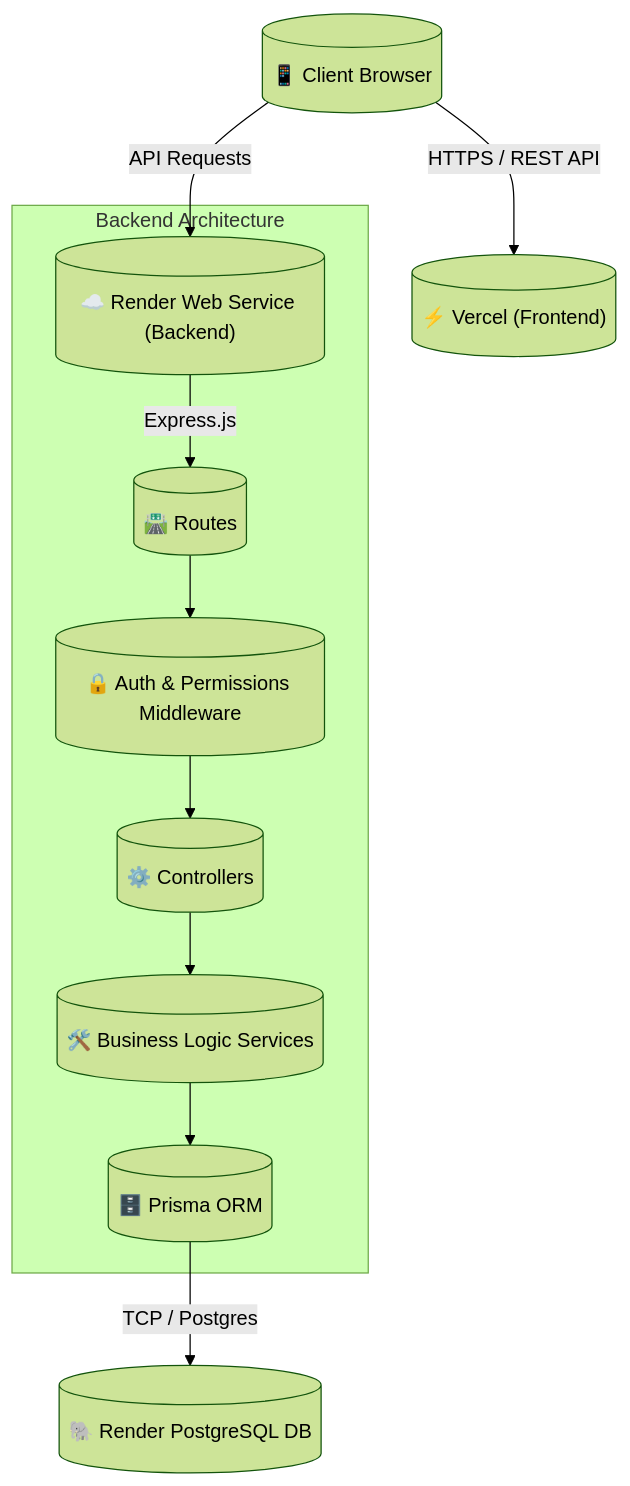
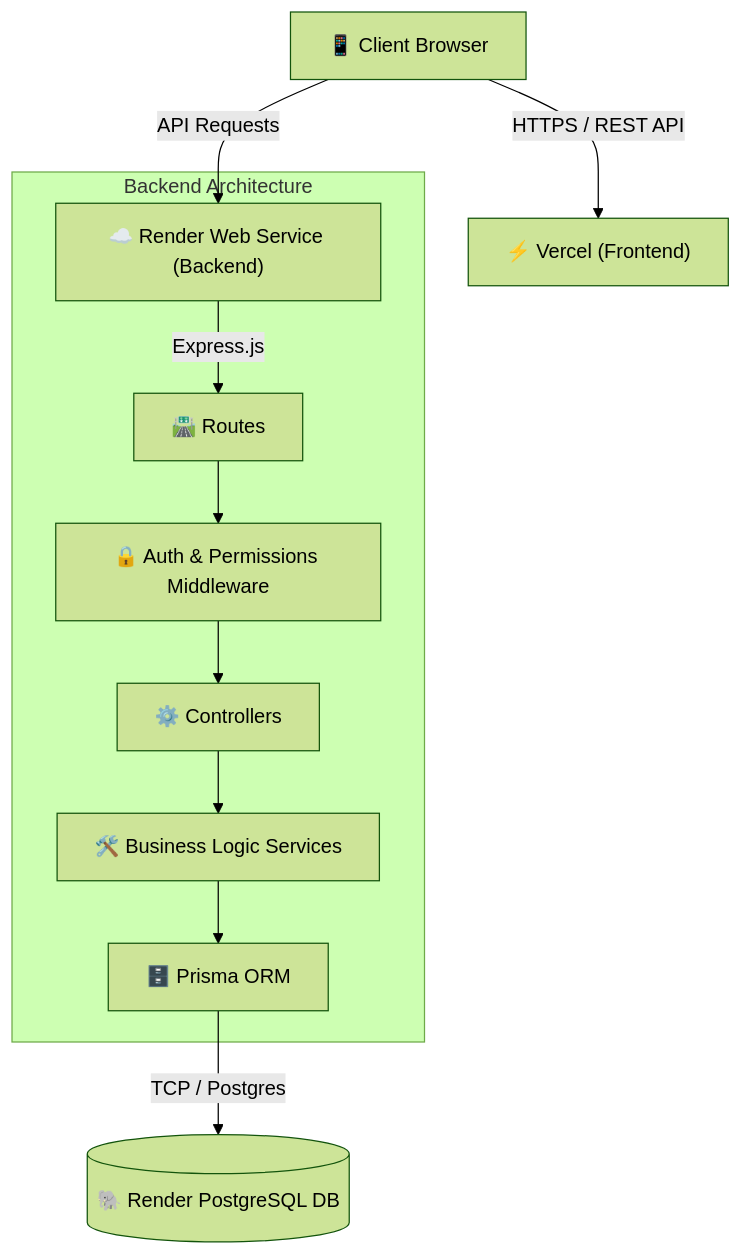
The diagram in README.md (tonykuriakose/waziapp-backend), drawn with Mermaid (forest theme) before and after one commit.

Commit message:
docs: fix mermaid syntax

````diff
--- a/README.md
+++ b/README.md
@@ -8,15 +8,15 @@
 ```mermaid
 graph TD
-    Client[("📱 Client Browser")] -->|HTTPS / REST API| Vercel[("⚡ Vercel (Frontend)")]
-    Client -->|API Requests| Render[("☁️ Render Web Service (Backend)")]
+    Client["📱 Client Browser"] -->|"HTTPS / REST API"| Vercel["⚡ Vercel (Frontend)"]
+    Client -->|"API Requests"| Render["☁️ Render Web Service (Backend)"]
     
     subgraph "Backend Architecture"
-        Render -->|Express.js| Router[("🛣️ Routes")]
-        Router --> AuthMiddleware[("🔒 Auth & Permissions Middleware")]
-        AuthMiddleware --> Controllers[("⚙️ Controllers")]
-        Controllers --> Services[("🛠️ Business Logic Services")]
-        Services --> Prisma[("🗄️ Prisma ORM")]
+        Render -->|"Express.js"| Router["🛣️ Routes"]
+        Router --> AuthMiddleware["🔒 Auth & Permissions Middleware"]
+        AuthMiddleware --> Controllers["⚙️ Controllers"]
+        Controllers --> Services["🛠️ Business Logic Services"]
+        Services --> Prisma["🗄️ Prisma ORM"]
     end
     
-    Prisma -->|TCP / Postgres| DB[("🐘 Render PostgreSQL DB")]
+    Prisma -->|"TCP / Postgres"| DB[("🐘 Render PostgreSQL DB")]
 ```
````
